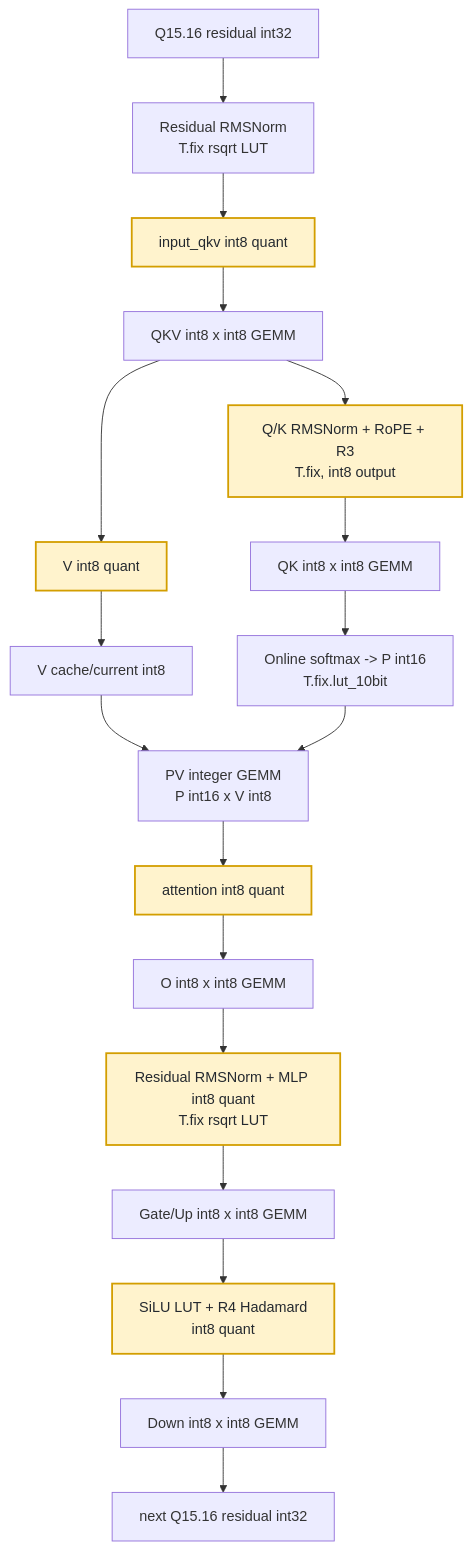
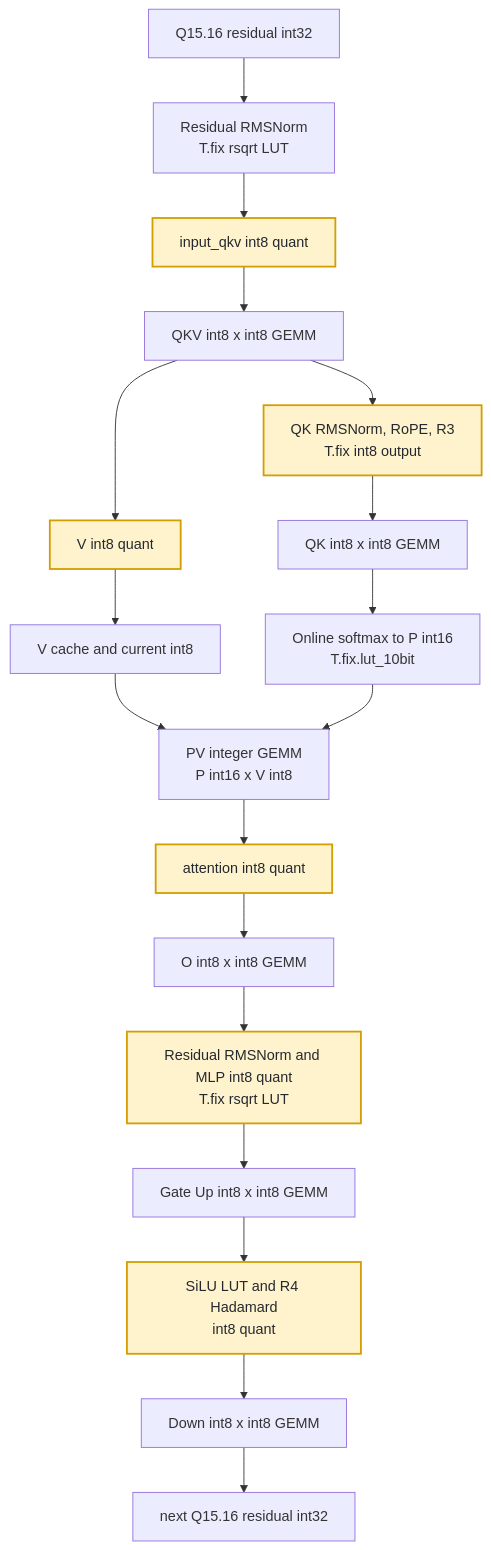
One commit to 54limiao/tilelang changed the first of 2 diagrams in examples/qwen3_int_only/README.md. Above: the diagram before and after it, drawn with Mermaid. The commit also changed other lines of this file, not shown here.

Commit message:
Make qwen3 mermaid github compatible

````diff
--- a/examples/qwen3_int_only/README.md
+++ b/examples/qwen3_int_only/README.md
@@ -117,21 +117,22 @@
 ```mermaid
 flowchart TD
-  A[Q15.16 residual int32] --> B[Residual RMSNorm\nT.fix rsqrt LUT]
-  B --> C[input_qkv int8 quant]:::quant
-  C --> D[QKV int8 x int8 GEMM]
-  D --> E[Q/K RMSNorm + RoPE + R3\nT.fix, int8 output]:::quant
-  D --> F[V int8 quant]:::quant
-  F --> G[V cache/current int8]
-  E --> H[QK int8 x int8 GEMM]
-  H --> I[Online softmax -> P int16\nT.fix.lut_10bit]
-  G --> K[PV integer GEMM\nP int16 x V int8]
+  A["Q15.16 residual int32"] --> B["Residual RMSNorm<br/>T.fix rsqrt LUT"]
+  B --> C["input_qkv int8 quant"]
+  C --> D["QKV int8 x int8 GEMM"]
+  D --> E["QK RMSNorm, RoPE, R3<br/>T.fix int8 output"]
+  D --> F["V int8 quant"]
+  F --> G["V cache and current int8"]
+  E --> H["QK int8 x int8 GEMM"]
+  H --> I["Online softmax to P int16<br/>T.fix.lut_10bit"]
+  G --> K["PV integer GEMM<br/>P int16 x V int8"]
   I --> K
-  K --> L[attention int8 quant]:::quant
-  L --> M[O int8 x int8 GEMM]
-  M --> N[Residual RMSNorm + MLP int8 quant\nT.fix rsqrt LUT]:::quant
-  N --> O[Gate/Up int8 x int8 GEMM]
-  O --> P[SiLU LUT + R4 Hadamard\nint8 quant]:::quant
-  P --> Q[Down int8 x int8 GEMM]
-  Q --> R[next Q15.16 residual int32]
+  K --> L["attention int8 quant"]
+  L --> M["O int8 x int8 GEMM"]
+  M --> N["Residual RMSNorm and MLP int8 quant<br/>T.fix rsqrt LUT"]
+  N --> O["Gate Up int8 x int8 GEMM"]
+  O --> P["SiLU LUT and R4 Hadamard<br/>int8 quant"]
+  P --> Q["Down int8 x int8 GEMM"]
+  Q --> R["next Q15.16 residual int32"]
+  class C,E,F,L,N,P quant;
   classDef quant fill:#fff3cd,stroke:#d39e00,stroke-width:2px,color:#24292f;
 ```
````
